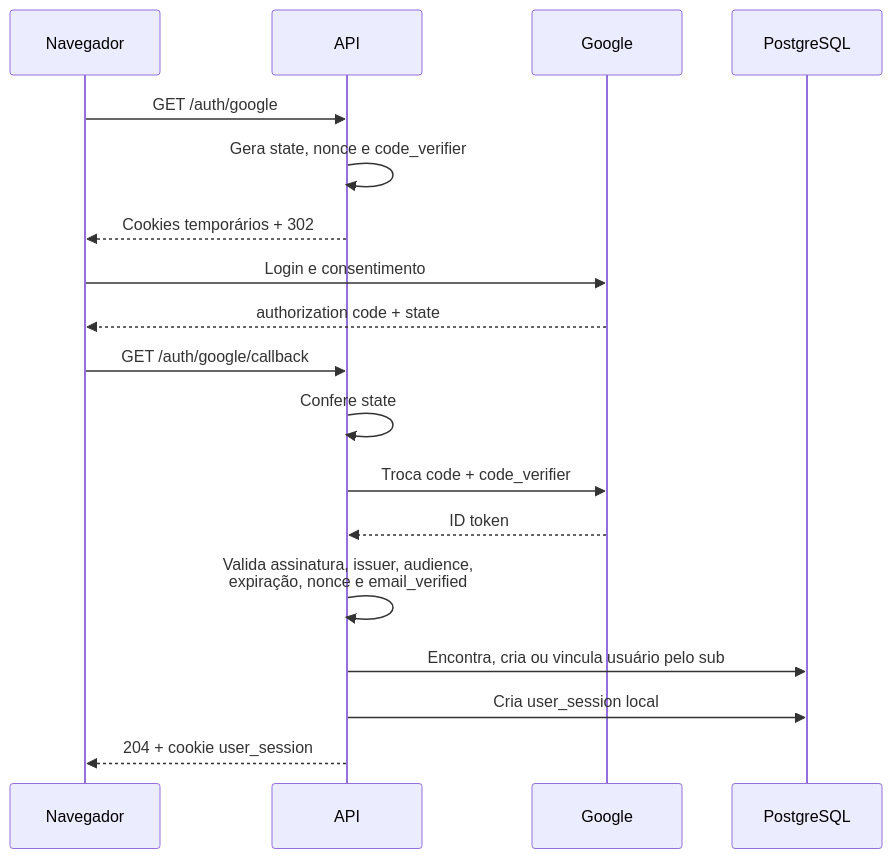
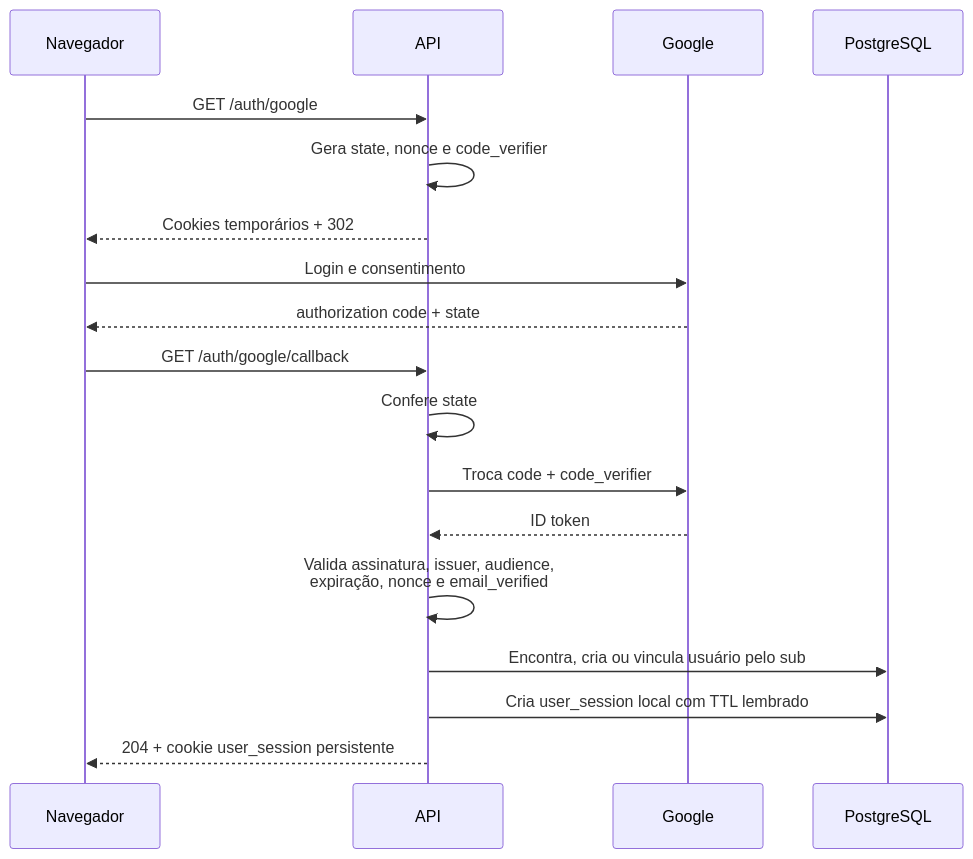
Before and after one commit to fredsaggio/shortbit: the fifth of 10 diagrams in docs/authentication.md, drawn with Mermaid. The commit also changed other lines of this file and 2 other files, not shown here.

Commit message:
feat(authentication): update session handling with optional remember_me support and enhance documentation

````diff
--- a/docs/authentication.md
+++ b/docs/authentication.md
@@ -104,21 +104,21 @@
 ```mermaid
 sequenceDiagram
     participant Browser as Navegador
     participant API
     participant Google
     participant DB as PostgreSQL
 
     Browser->>API: GET /auth/google
     API->>API: Gera state, nonce e code_verifier
     API-->>Browser: Cookies temporários + 302
     Browser->>Google: Login e consentimento
     Google-->>Browser: authorization code + state
     Browser->>API: GET /auth/google/callback
     API->>API: Confere state
     API->>Google: Troca code + code_verifier
     Google-->>API: ID token
     API->>API: Valida assinatura, issuer, audience,<br/>expiração, nonce e email_verified
     API->>DB: Encontra, cria ou vincula usuário pelo sub
-    API->>DB: Cria user_session local
-    API-->>Browser: 204 + cookie user_session
+    API->>DB: Cria user_session local com TTL lembrado
+    API-->>Browser: 204 + cookie user_session persistente
 ```
````
